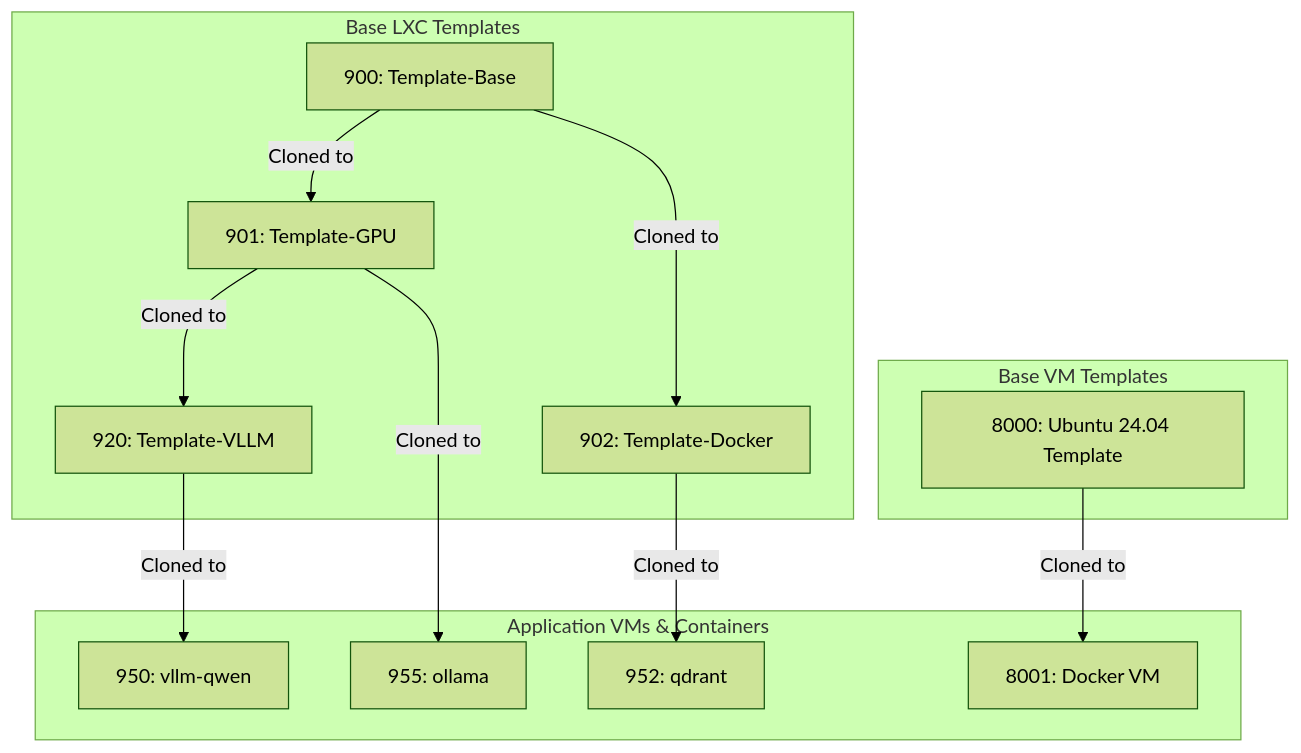
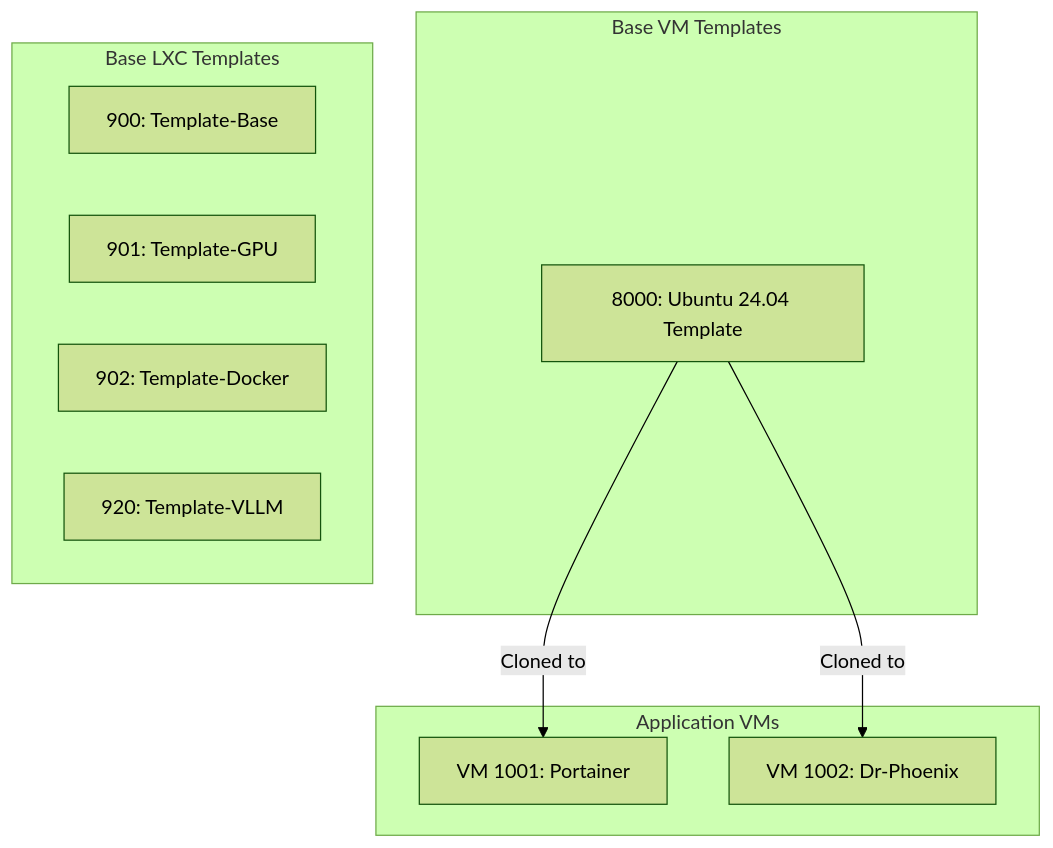
Before and after one commit to SirHeads/Testing-ideas: the first of 2 diagrams in Thinkheads.AI_docs/03_phoenix_hypervisor_implementation/00_guides/00_system_architecture_guide.md, drawn with Mermaid (forest theme). The commit also changed 21 other files, not shown here.

Commit message:
vm dr-phoenix up with qdrant

````diff
--- a/Thinkheads.AI_docs/03_phoenix_hypervisor_implementation/00_guides/00_system_architecture_guide.md
+++ b/Thinkheads.AI_docs/03_phoenix_hypervisor_implementation/00_guides/00_system_architecture_guide.md
@@ -39,28 +39,21 @@
 ```mermaid
 graph TD
     subgraph "Base VM Templates"
         T8000[8000: Ubuntu 24.04 Template]
     end
 
     subgraph "Base LXC Templates"
         T900[900: Template-Base]
         T901[901: Template-GPU]
         T902[902: Template-Docker]
         T920[920: Template-VLLM]
     end
 
-    subgraph "Application VMs & Containers"
-        VM8001[8001: Docker VM]
-        C950[950: vllm-qwen]
-        C952[952: qdrant]
-        C955[955: ollama]
+    subgraph "Application VMs"
+        VM1001["VM 1001: Portainer"]
+        VM1002["VM 1002: Dr-Phoenix"]
     end
 
-    T8000 -- Cloned to --> VM8001
-    T900 -- Cloned to --> T901
-    T900 -- Cloned to --> T902
-    T901 -- Cloned to --> T920
-    T901 -- Cloned to --> C955
-    T902 -- Cloned to --> C952
-    T920 -- Cloned to --> C950
+    T8000 -- Cloned to --> VM1001
+    T8000 -- Cloned to --> VM1002
 ```
````
